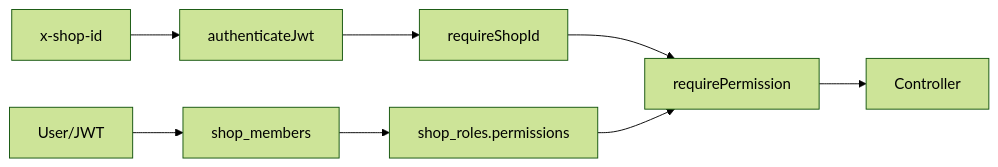
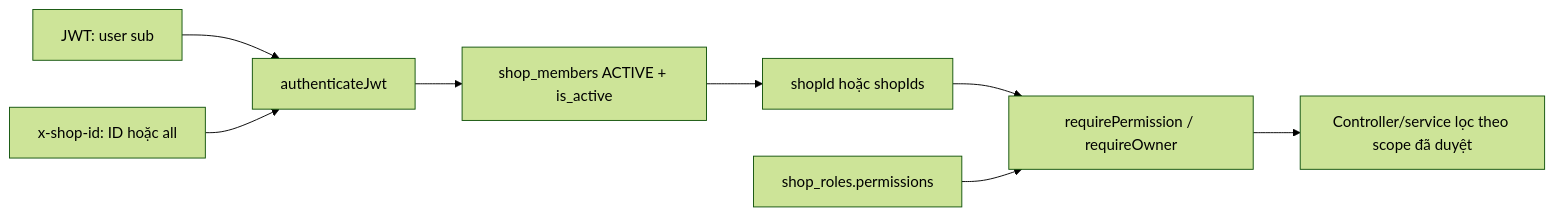
The diagram in BA_DOCUMENTS/04_USER_ROLES_AND_RBAC_MATRIX.md (BuiTanDung-DVV/StockManagementAndTaxWarning), drawn with Mermaid (forest theme) before and after one commit. The commit also changed other lines of this file and 40 other files, not shown here.

````diff
--- a/BA_DOCUMENTS/04_USER_ROLES_AND_RBAC_MATRIX.md
+++ b/BA_DOCUMENTS/04_USER_ROLES_AND_RBAC_MATRIX.md
@@ -24,10 +43,10 @@
 ```mermaid
 flowchart LR
-    USER["User/JWT"] --> MEMBER["shop_members"]
-    MEMBER --> ROLE["shop_roles.permissions"]
-    REQ["x-shop-id"] --> AUTH["authenticateJwt"]
-    AUTH --> SCOPE["requireShopId"]
-    SCOPE --> PERM["requirePermission"]
-    ROLE --> PERM
-    PERM --> CTRL["Controller"]
+    JWT["JWT: user sub"] --> AUTH["authenticateJwt"]
+    HEADER["x-shop-id: ID hoặc all"] --> AUTH
+    AUTH --> MEMBERSHIP["shop_members ACTIVE + is_active"]
+    MEMBERSHIP --> SCOPE["shopId hoặc shopIds"]
+    SCOPE --> PERMISSION["requirePermission / requireOwner"]
+    ROLE["shop_roles.permissions"] --> PERMISSION
+    PERMISSION --> QUERY["Controller/service lọc theo scope đã duyệt"]
 ```
````
